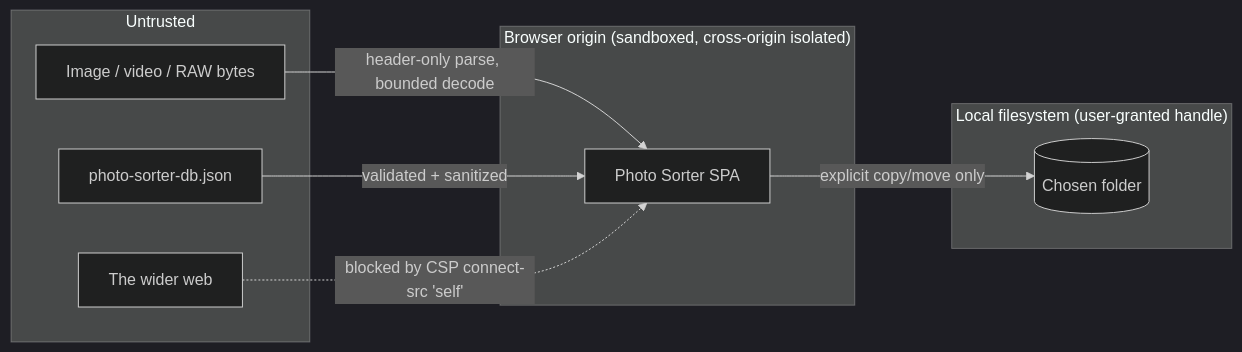
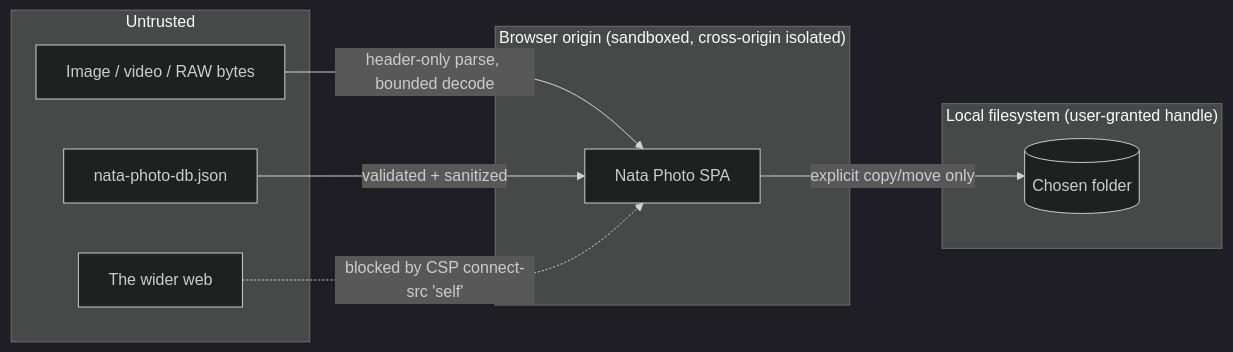
Before and after one commit to frama21/photo-sorter: the diagram in docs/SECURITY.md, drawn with Mermaid (dark theme). The commit also changed other lines of this file and 149 other files, not shown here.

````diff
--- a/docs/SECURITY.md
+++ b/docs/SECURITY.md
@@ -48,18 +48,18 @@
 ```mermaid
 flowchart LR
   subgraph Untrusted
     IMG[Image / video / RAW bytes]
-    DB[photo-sorter-db.json]
+    DB[nata-photo-db.json]
     NET[The wider web]
   end
   subgraph Browser["Browser origin (sandboxed, cross-origin isolated)"]
-    APP[Photo Sorter SPA]
+    APP[Nata Photo SPA]
   end
   subgraph Local["Local filesystem (user-granted handle)"]
     FS[(Chosen folder)]
   end
   IMG -->|header-only parse, bounded decode| APP
   DB -->|validated + sanitized| APP
   APP -->|explicit copy/move only| FS
   NET -. blocked by CSP connect-src 'self' .-> APP
 ```
````
